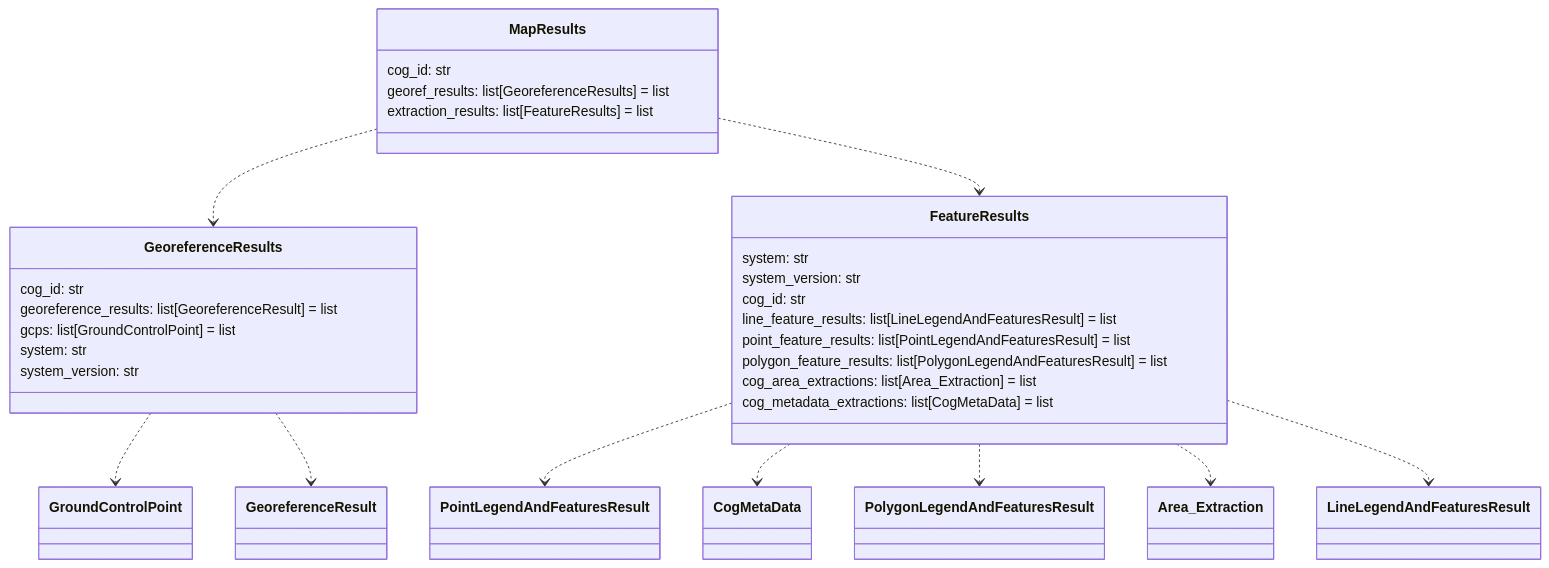
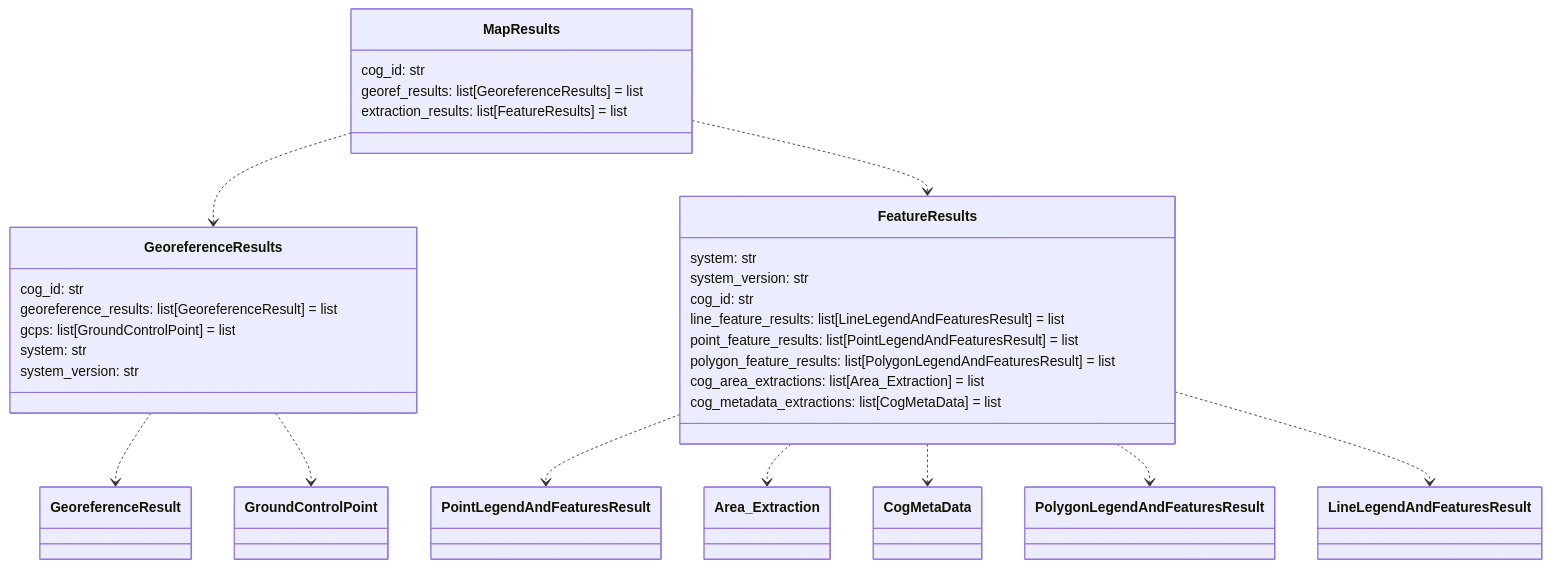
One commit to DARPA-CRITICALMAAS/cdr_schemas changed diagram 11 of 12 in README.md. Above: the diagram before and after it, drawn with Mermaid. The commit also changed other lines of this file and 7 other files, not shown here.

````diff
--- a/README.md
+++ b/README.md
@@ -905,40 +906,40 @@
 ```mermaid
 classDiagram
-
-    class MapResults {
-        cog_id: str
-        georef_results: list[GeoreferenceResults] = list
-        extraction_results: list[FeatureResults] = list
-    }
 
     class GeoreferenceResults {
         cog_id: str
         georeference_results: list[GeoreferenceResult] = list
         gcps: list[GroundControlPoint] = list
         system: str
         system_version: str
     }
 
     class FeatureResults {
         system: str
         system_version: str
         cog_id: str
         line_feature_results: list[LineLegendAndFeaturesResult] = list
         point_feature_results: list[PointLegendAndFeaturesResult] = list
         polygon_feature_results: list[PolygonLegendAndFeaturesResult] = list
         cog_area_extractions: list[Area_Extraction] = list
         cog_metadata_extractions: list[CogMetaData] = list
     }
 
+    class MapResults {
+        cog_id: str
+        georef_results: list[GeoreferenceResults] = list
+        extraction_results: list[FeatureResults] = list
+    }
+
     FeatureResults ..> PointLegendAndFeaturesResult
+    FeatureResults ..> Area_Extraction
     FeatureResults ..> CogMetaData
     FeatureResults ..> PolygonLegendAndFeaturesResult
-    FeatureResults ..> Area_Extraction
     FeatureResults ..> LineLegendAndFeaturesResult
+    GeoreferenceResults ..> GeoreferenceResult
     GeoreferenceResults ..> GroundControlPoint
-    GeoreferenceResults ..> GeoreferenceResult
     MapResults ..> GeoreferenceResults
     MapResults ..> FeatureResults
 
 
 ```
````
